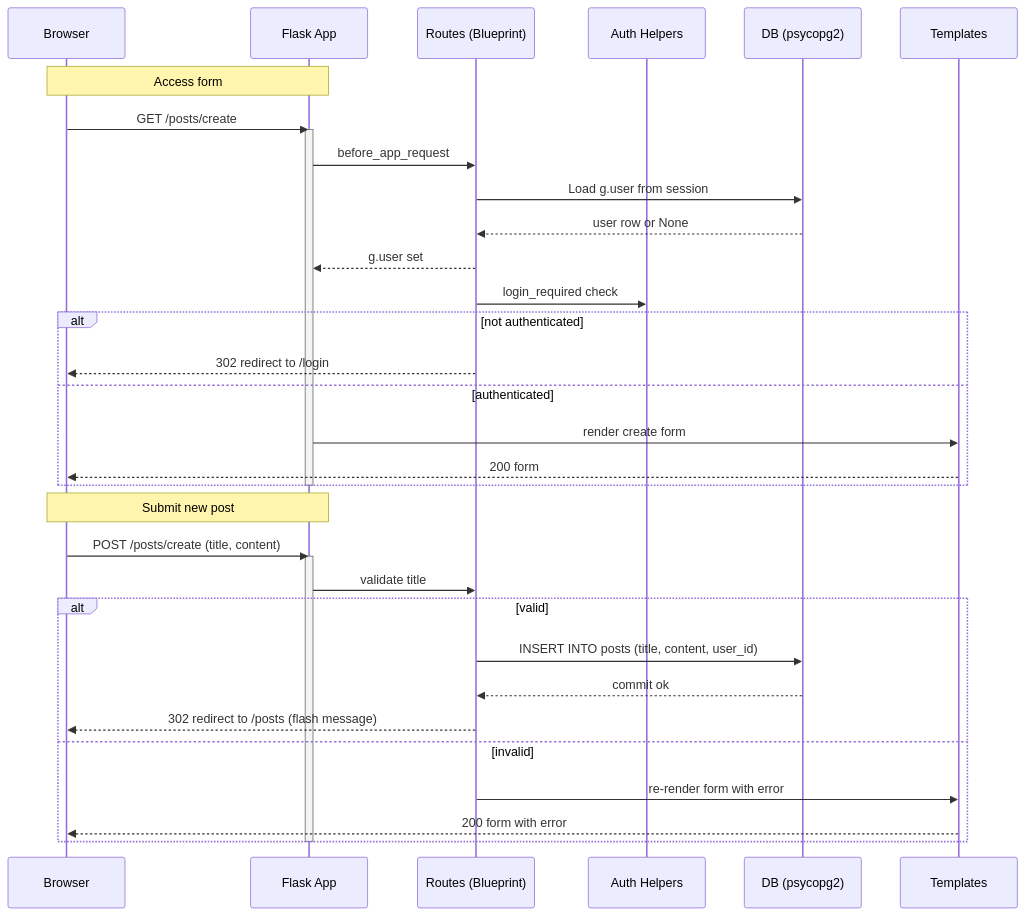
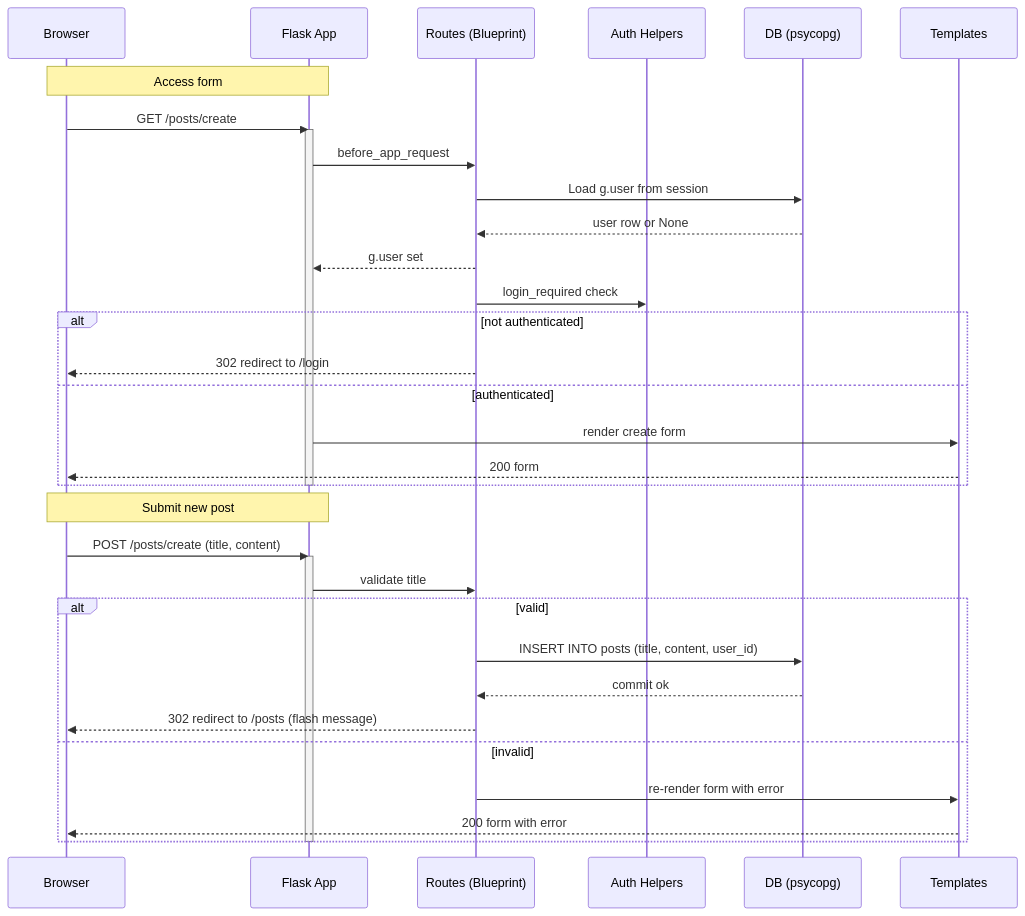
Before and after one commit to overthetop/flask_demo: the third of 3 diagrams in README.md, drawn with Mermaid. The commit also changed other lines of this file and 10 other files, not shown here.

````diff
--- a/README.md
+++ b/README.md
@@ -130,39 +131,39 @@
 ```mermaid
 sequenceDiagram
   participant B as Browser
   participant F as Flask App
   participant R as Routes (Blueprint)
   participant A as Auth Helpers
-  participant D as DB (psycopg2)
+  participant D as DB (psycopg)
   participant T as Templates
 
   Note over B,F: Access form
   B->>F: GET /posts/create
   activate F
   F->>R: before_app_request
   R->>D: Load g.user from session
   D-->>R: user row or None
   R-->>F: g.user set
   R->>A: login_required check
   alt not authenticated
     R-->>B: 302 redirect to /login
   else authenticated
     F->>T: render create form
     T-->>B: 200 form
   end
   deactivate F
 
   Note over B,F: Submit new post
   B->>F: POST /posts/create (title, content)
   activate F
   F->>R: validate title
   alt valid
     R->>D: INSERT INTO posts (title, content, user_id)
     D-->>R: commit ok
     R-->>B: 302 redirect to /posts (flash message)
   else invalid
     R->>T: re-render form with error
     T-->>B: 200 form with error
   end
   deactivate F
 ```
````
